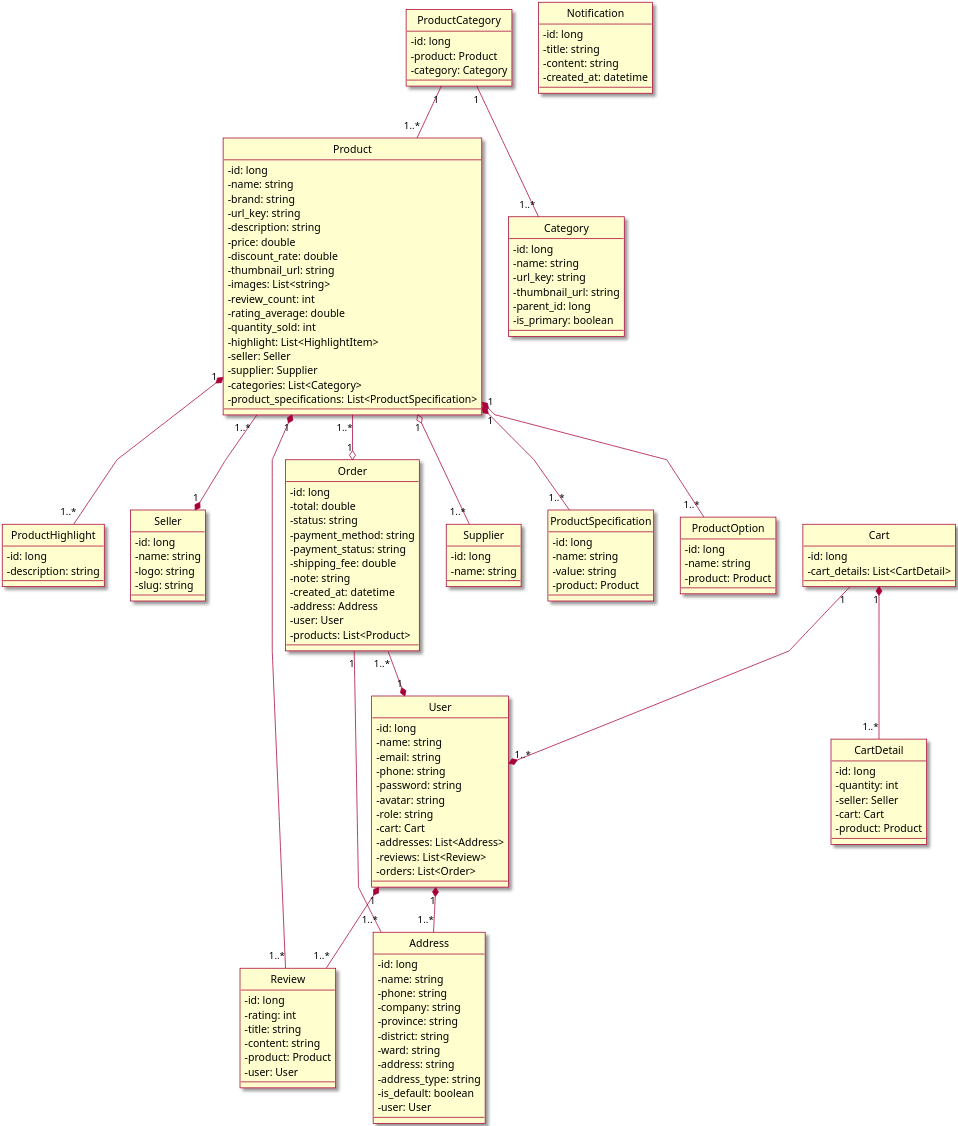
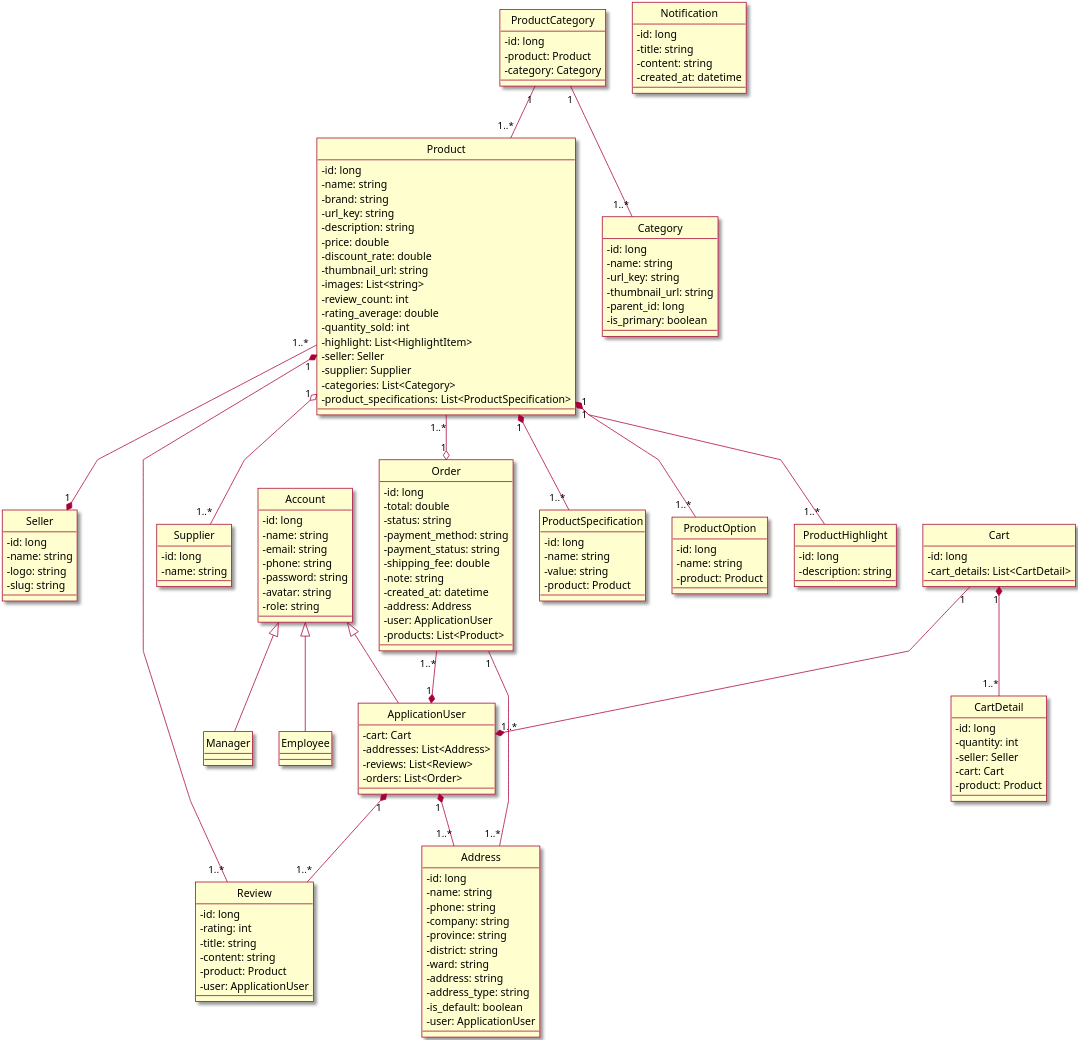
One commit to Marowota/ecommerce-plantuml changed the diagram in Class/ClassDiagram.puml. Above: the diagram before and after it, drawn with PlantUML. The commit also changed 1 other file, not shown here.

```diff
--- a/Class/ClassDiagram.puml
+++ b/Class/ClassDiagram.puml
@@ -1,174 +1,191 @@
 @startuml Class Diagram
 
 skin rose
 skinparam classAttributeIconSize 0
 ' skinparam linetype ortho
 skinparam linetype polyline
 hide circle
 scale 3
 
 ' Product
 class Product{
     - id: long
     - name: string
     - brand: string
     - url_key: string
     - description: string
     - price: double
     - discount_rate: double
     - thumbnail_url: string
     - images: List<string>
     - review_count: int
     - rating_average: double
     - quantity_sold: int
     - highlight: List<HighlightItem>
     - seller: Seller
     - supplier: Supplier
     - categories: List<Category>
     - product_specifications: List<ProductSpecification>
 }
 
 class Supplier{
     - id: long
     - name: string
 }
 
 class ProductSpecification{
     - id: long
     - name: string
     - value: string
     - product: Product
 }
 
 class ProductOption{
     - id: long
     - name: string
     - product: Product
 }
 
 class ProductCategory{
     - id: long
     - product: Product
     - category: Category
 }
 
 class ProductHighlight{
     - id: long
     - description: string
 }
 
 class Seller{
     - id: long
     - name: string
     - logo: string
     - slug: string
 }
 
 ' Category
 class Category{
     - id: long
     - name: string
     - url_key: string
     - thumbnail_url: string
     - parent_id: long
     - is_primary: boolean
 }
 
 ' Review
 class Review{
     - id: long
     - rating: int
     - title: string
     - content: string
     - product: Product
-    - user: User
+    - user: ApplicationUser
 }
 
 ' User
-class User{
+class ApplicationUser{
+    
+    - cart: Cart
+    - addresses: List<Address>
+    - reviews: List<Review>
+    - orders: List<Order>
+}
+
+
+class Account{
     - id: long
     - name: string
     - email: string
     - phone: string
     - password: string
     - avatar: string
     - role: string
-    - cart: Cart
-    - addresses: List<Address>
-    - reviews: List<Review>
-    - orders: List<Order>
+}
+
+class Manager{
+    
+}
+
+class Employee{
+    
 }
 
 class Address{
     - id: long
     - name: string
     - phone: string
     - company: string
     - province: string
     - district: string
     - ward: string
     - address: string
     - address_type: string
     - is_default: boolean
-    - user: User
+    - user: ApplicationUser
 }
 
 
 ' Cart
 class Cart{
     - id: long
     - cart_details: List<CartDetail>
 }
 
 class CartDetail{
     - id: long
     - quantity: int
     - seller: Seller
     - cart: Cart
     - product: Product
 }
 
 ' Order
 class Order{
     - id: long
     - total: double
     - status: string
     - payment_method: string
     - payment_status: string
     - shipping_fee: double
     - note: string
     - created_at: datetime
     - address: Address
-    - user: User
+    - user: ApplicationUser
     - products: List<Product>
 }
 
 ' Notification
 class Notification{
     - id: long
     - title: string
     - content: string
     - created_at: datetime
 }
 
 Product "1" *-- "1..*" ProductSpecification
 Product "1" *-- "1..*" ProductOption
 Product "1..* "--* "1" Seller
 Product "1" o-- "1..*" Supplier
 Product "1" *-- "1..*" Review
 Product "1..*" --o "1" Order
 Product "1" *-- "1..*" ProductHighlight
 
 ProductCategory "1" -- "1..*" Product
 ProductCategory "1" -- "1..*" Category
 
-User "1" *-- "1..*" Address
-User "1" *-- "1..*" Review
+ApplicationUser "1" *-- "1..*" Address
+ApplicationUser "1" *-- "1..*" Review
 
-Cart "1" --* "1..*" User
+Cart "1" --* "1..*" ApplicationUser
 Cart "1" *-- "1..*" CartDetail
 
-Order "1..*" --* "1" User
+Order "1..*" --* "1" ApplicationUser
 Order "1" -- "1..*" Address
 
+Account <|-- ApplicationUser
+Account <|-- Manager
+Account <|-- Employee
+
 @enduml
```
